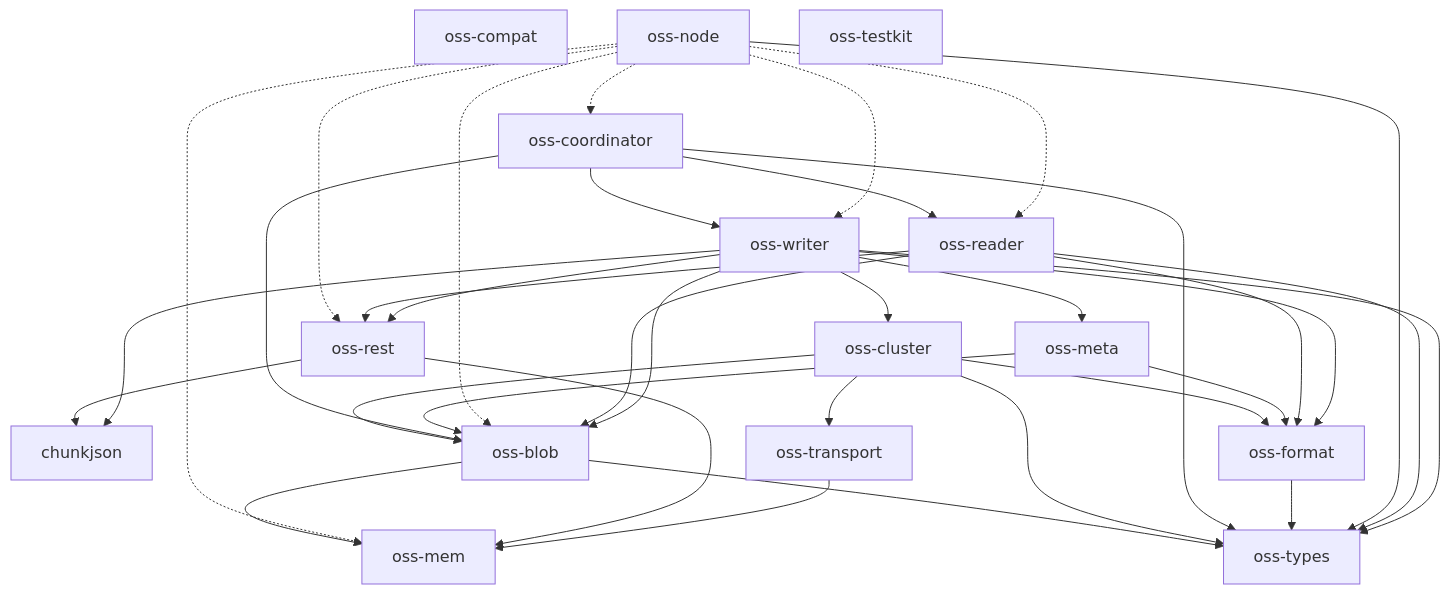
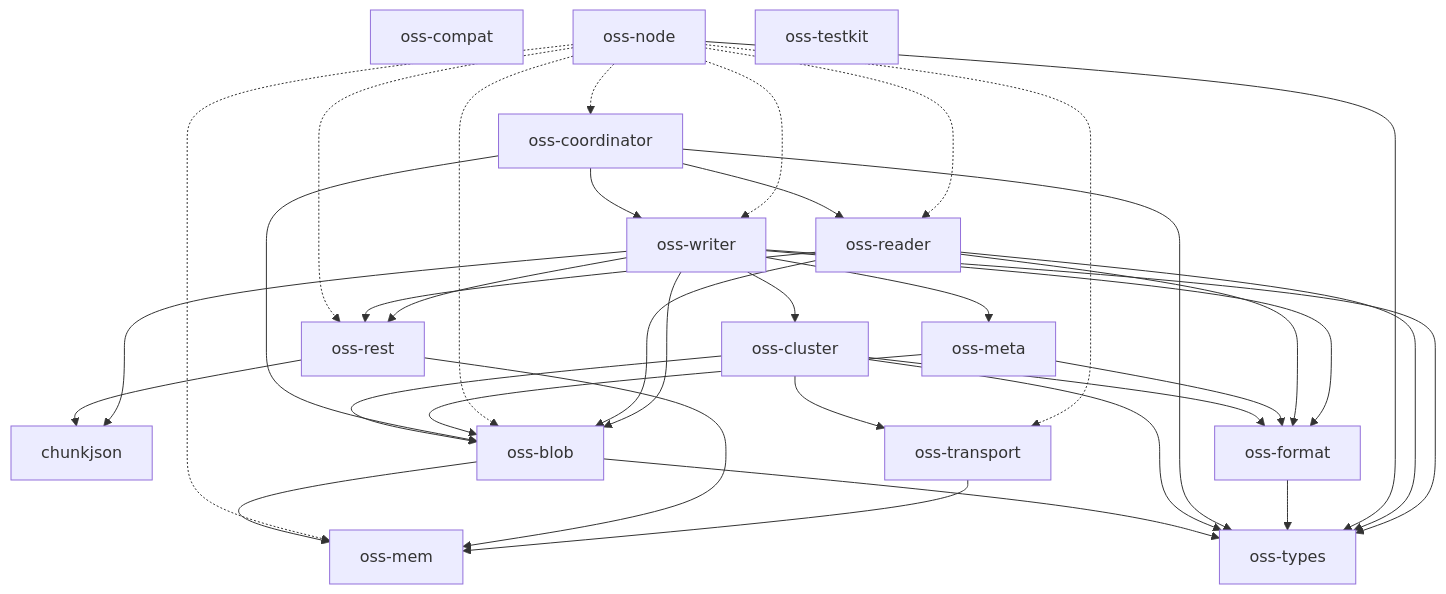
Before and after one commit to huyz0/opensearch-serverless: the diagram in docs/architecture.md, drawn with Mermaid. The commit also changed 13 other files, not shown here.

````diff
--- a/docs/architecture.md
+++ b/docs/architecture.md
@@ -10,42 +10,43 @@
 ```mermaid
 graph TD
     chunkjson
     oss-blob --> oss-mem
     oss-blob --> oss-types
     oss-cluster --> oss-blob
     oss-cluster --> oss-format
     oss-cluster --> oss-transport
     oss-cluster --> oss-types
     oss-compat
     oss-coordinator --> oss-blob
     oss-coordinator --> oss-reader
     oss-coordinator --> oss-types
     oss-coordinator --> oss-writer
     oss-format --> oss-types
     oss-mem
     oss-meta --> oss-blob
     oss-meta --> oss-format
     oss-node -.-> oss-blob
     oss-node -.-> oss-coordinator
     oss-node -.-> oss-mem
     oss-node -.-> oss-reader
     oss-node -.-> oss-rest
+    oss-node -.-> oss-transport
     oss-node --> oss-types
     oss-node -.-> oss-writer
     oss-reader --> oss-blob
     oss-reader --> oss-format
     oss-reader --> oss-rest
     oss-reader --> oss-types
     oss-rest --> chunkjson
     oss-rest --> oss-mem
     oss-testkit
     oss-transport --> oss-mem
     oss-types
     oss-writer --> chunkjson
     oss-writer --> oss-blob
     oss-writer --> oss-cluster
     oss-writer --> oss-format
     oss-writer --> oss-meta
     oss-writer --> oss-rest
     oss-writer --> oss-types
 ```
````
